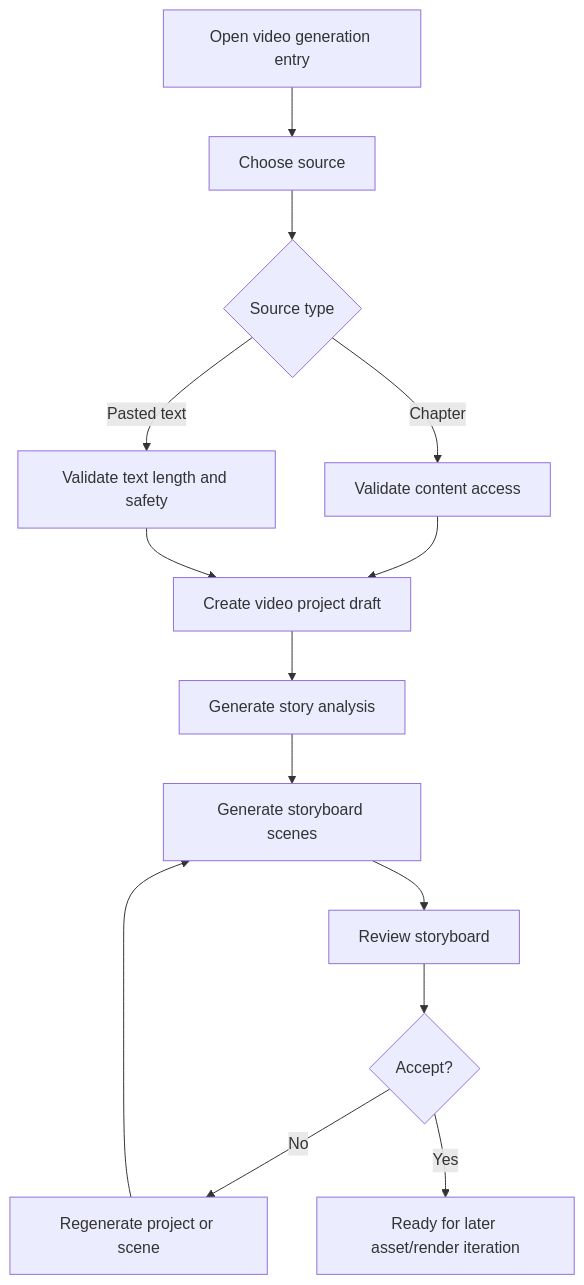
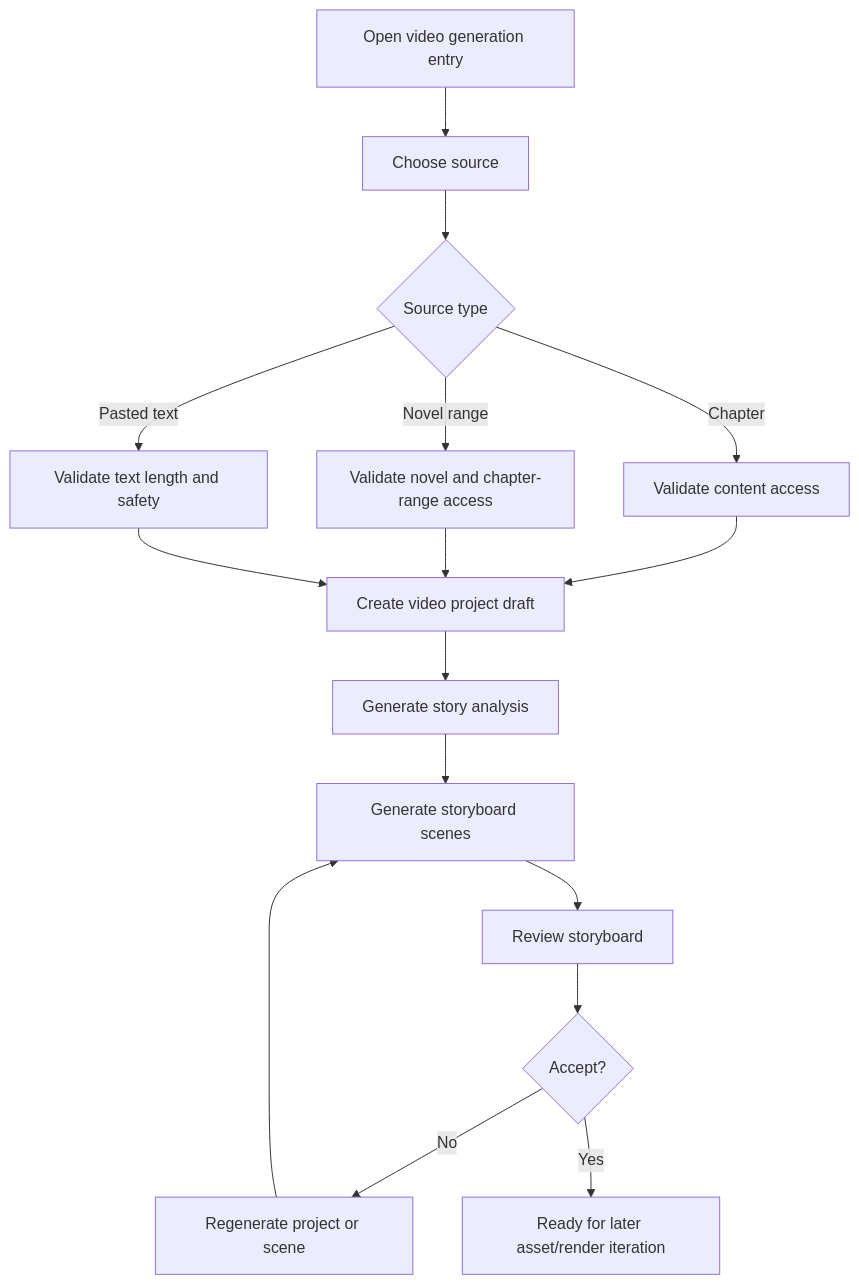
The first of 2 diagrams in docs/spec-coding/10-short-video-generation-rfc.md (x-t001/sunshine-reading), drawn with Mermaid before and after one commit. The commit also changed other lines of this file and 33 other files, not shown here.

````diff
--- a/docs/spec-coding/10-short-video-generation-rfc.md
+++ b/docs/spec-coding/10-short-video-generation-rfc.md
@@ -98,16 +99,18 @@
 ```mermaid
 flowchart TD
   A[Open video generation entry] --> B[Choose source]
   B --> C{Source type}
   C -- Chapter --> D[Validate content access]
+  C -- Novel range --> D2[Validate novel and chapter-range access]
   C -- Pasted text --> E[Validate text length and safety]
   D --> F[Create video project draft]
+  D2 --> F
   E --> F
   F --> G[Generate story analysis]
   G --> H[Generate storyboard scenes]
   H --> I[Review storyboard]
   I --> J{Accept?}
   J -- No --> K[Regenerate project or scene]
   K --> H
   J -- Yes --> L[Ready for later asset/render iteration]
 ```
````
